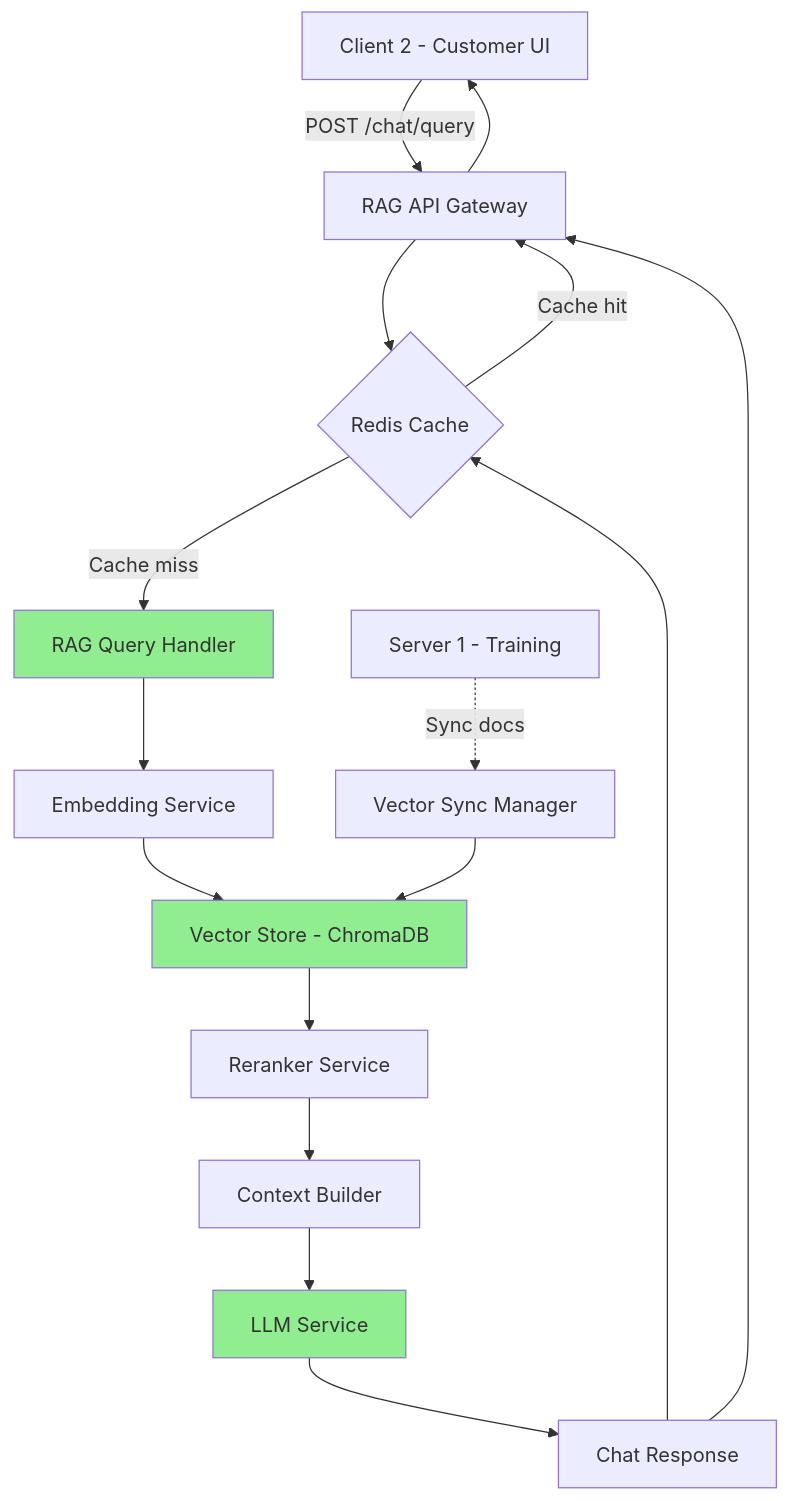
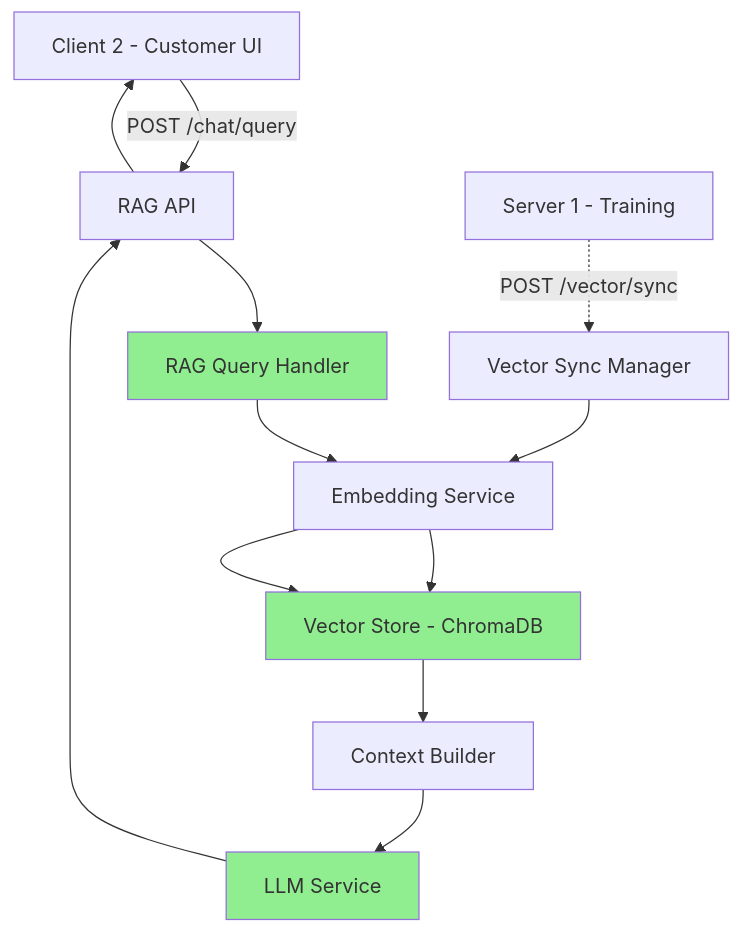
Before and after one commit to tvanle/Module2-HTTM: the second of 13 diagrams in README.md, drawn with Mermaid. The commit also changed other lines of this file, not shown here.

````diff
--- a/README.md
+++ b/README.md
@@ -155,28 +125,20 @@
 ```mermaid
 graph TB
-    Client[Client 2 - Customer UI] -->|POST /chat/query| API[RAG API Gateway]
+    Client["Client 2 - Customer UI"] -->|POST /chat/query| API[RAG API]
 
-    API --> Cache{Redis Cache}
-    Cache -->|Cache hit| API
-    Cache -->|Cache miss| Handler[RAG Query Handler]
-
+    API --> Handler[RAG Query Handler]
     Handler --> Embed[Embedding Service]
-    Embed --> VDB[Vector Store - ChromaDB]
-
-    VDB --> Rerank[Reranker Service]
-    Rerank --> Context[Context Builder]
+    Embed --> VDB["Vector Store - ChromaDB"]
+    VDB --> Context[Context Builder]
     Context --> LLM[LLM Service]
-
-    LLM --> Response[Chat Response]
-    Response --> Cache
-    Response --> API
-
+    LLM --> API
     API --> Client
 
-    S1[Server 1 - Training] -.->|Sync docs| Sync[Vector Sync Manager]
-    Sync --> VDB
+    S1["Server 1 - Training"] -.->|POST /vector/sync| Sync[Vector Sync Manager]
+    Sync --> Embed
+    Embed --> VDB
 
     style Handler fill:#90EE90
     style VDB fill:#90EE90
     style LLM fill:#90EE90
 ```
````
